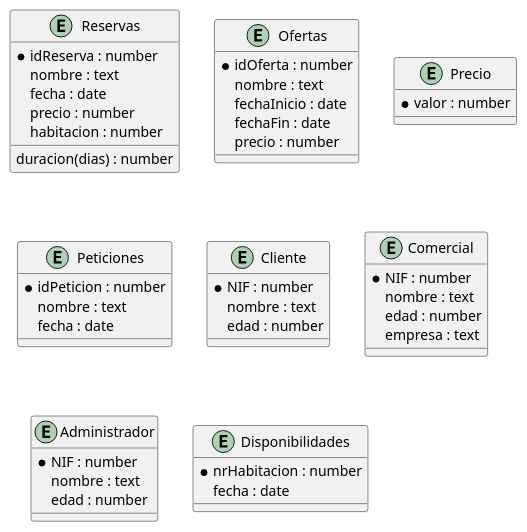
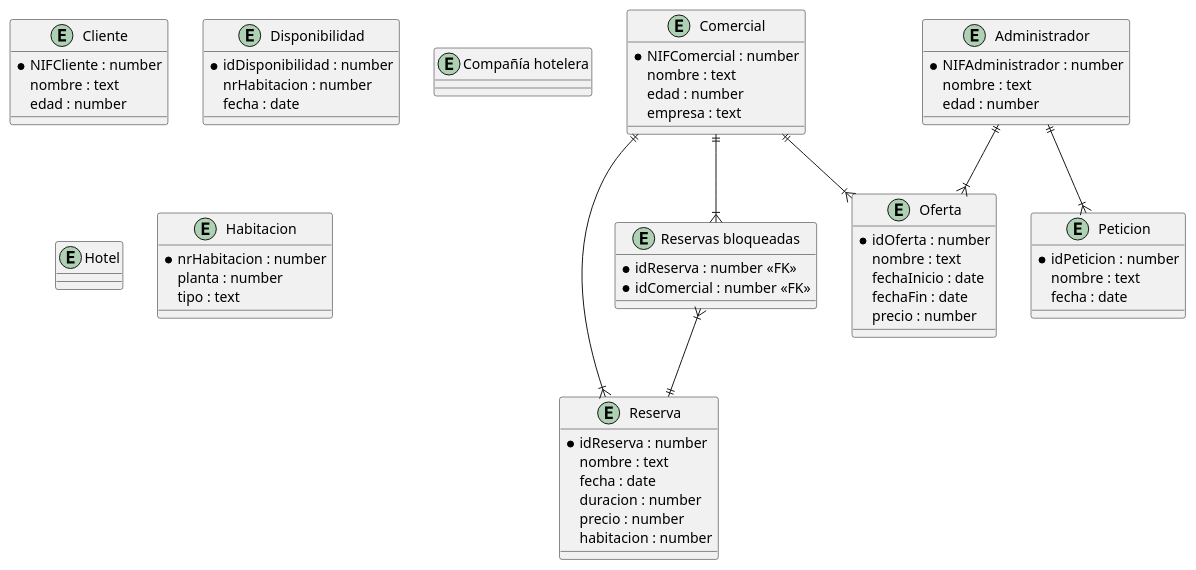
Before and after one commit to it557/INRE-UAL-BLANCO-2022: the diagram in lab1/src/supuesto3E-R.puml, drawn with PlantUML.

Commit message:
Avances diagrama ER del supuesto 3

```diff
--- a/lab1/src/supuesto3E-R.puml
+++ b/lab1/src/supuesto3E-R.puml
@@ -1,56 +1,80 @@
 @startuml supuesto3E-R
 
-entity "Reservas" as Reservas{
+entity "Reserva" as Reserva{
     * idReserva : number
     nombre : text
     fecha : date
-    duracion(dias) : number
+    duracion : number
     precio : number
     habitacion : number
 }
 
-entity "Ofertas" as Ofertas{
+entity "Reservas bloqueadas" as rb{
+    * idReserva : number <<FK>>
+    * idComercial : number <<FK>>
+}
+
+entity "Oferta" as Oferta{
     * idOferta : number
     nombre : text
     fechaInicio : date
     fechaFin : date
     precio : number
 }
 
-entity "Precio" as Precio{
-    * valor : number
-}
-
-entity "Peticiones" as Peticiones{
+entity "Peticion" as Peticion{
     * idPeticion : number
     nombre : text
     fecha : date
 }
 
 entity "Cliente" as Cliente{
-    * NIF : number
+    * NIFCliente : number
     nombre : text
     edad : number
 }
 
 entity "Comercial" as Comercial{
-    * NIF : number
+    * NIFComercial : number
     nombre : text
     edad : number
     empresa : text
 }
 
 entity "Administrador" as Administrador{
-    * NIF : number
+    * NIFAdministrador : number
     nombre : text
     edad : number
 }
 
-entity "Disponibilidades" as Disponibilidades{
-    * nrHabitacion : number
+entity "Disponibilidad" as Disponibilidad{
+    * idDisponibilidad : number
+    nrHabitacion : number
     fecha : date
 }
 
+entity "Compañía hotelera"{
+
+}
+
+entity "Hotel"{
+
+}
+
+entity "Habitacion"{
+    * nrHabitacion : number
+    planta : number
+    tipo : text
+}
+
+
+Comercial ||--|{ Oferta
+Comercial ||--|{ Reserva
+Administrador ||--|{ Oferta
+Administrador ||--|{ Peticion
+
+Comercial ||--|{ rb
+rb }|--|| Reserva
 
 
 @enduml
```
